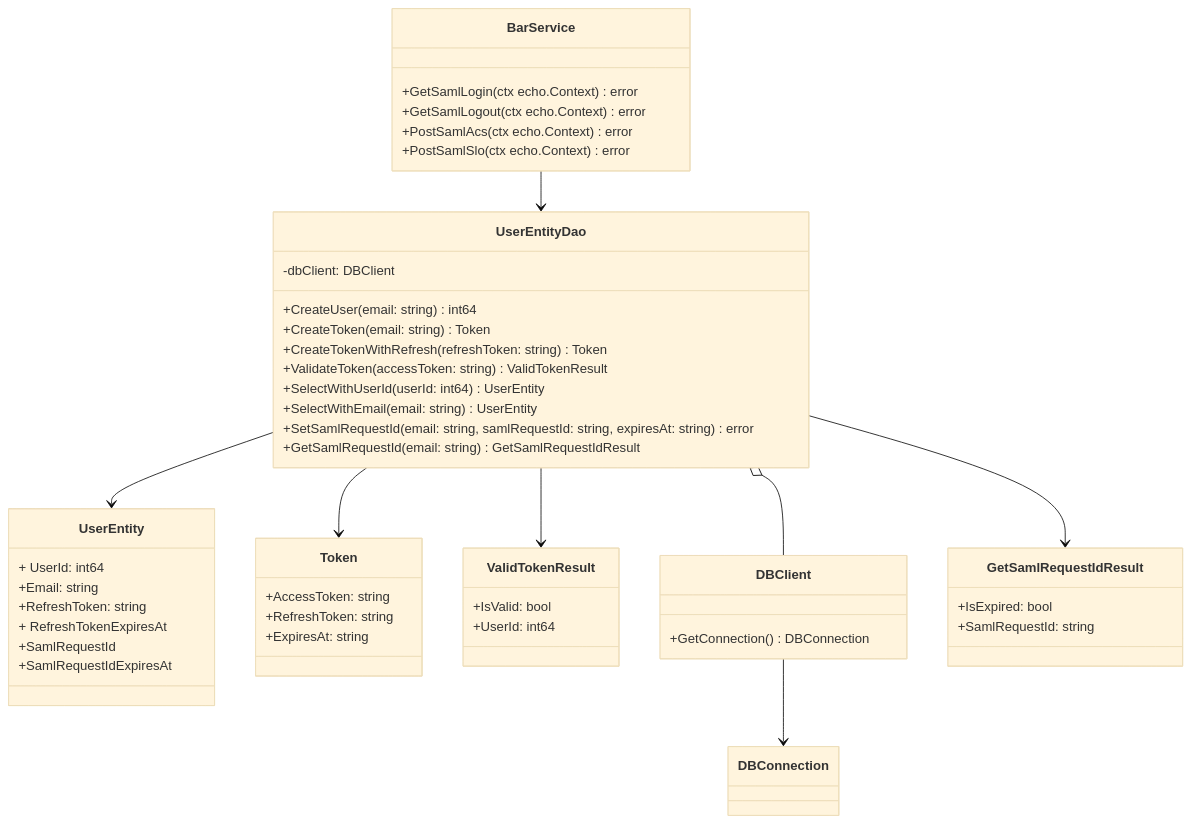
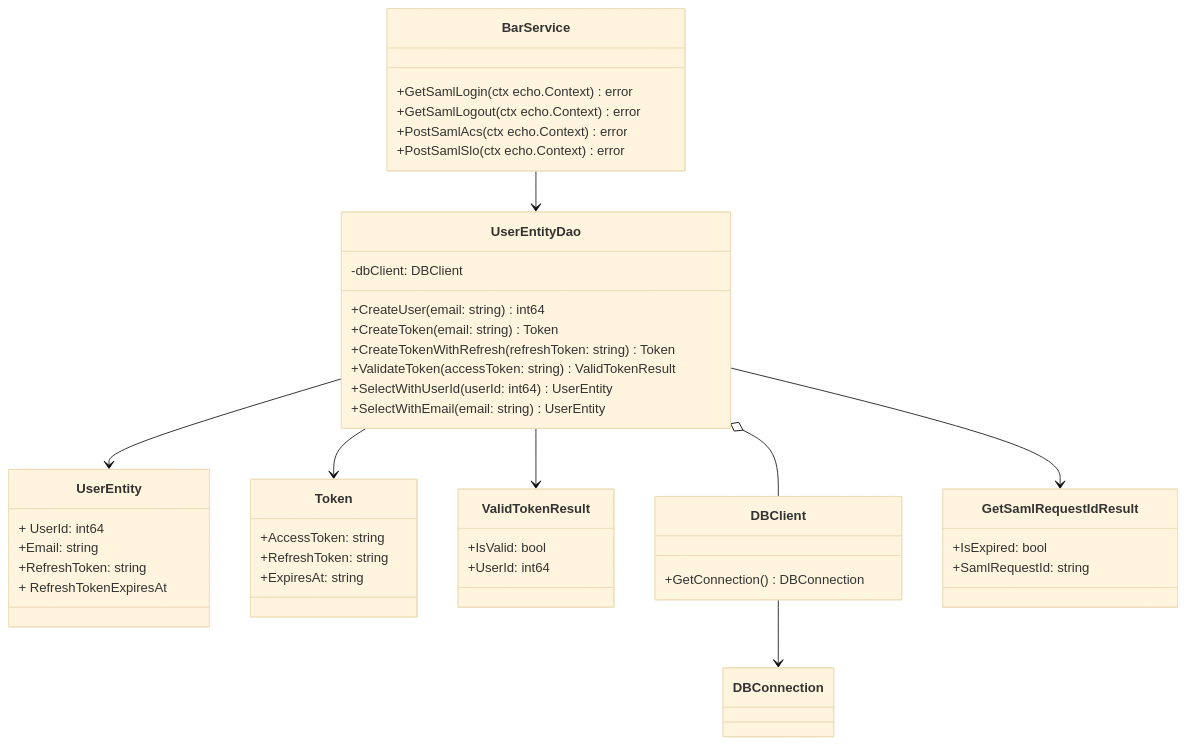
One commit to kzkapr1129/FXTester changed the diagram in FXTesterServer/doc/diagrams/classes.md. Above: the diagram before and after it, drawn with Mermaid (base theme). The commit also changed 53 other files, not shown here.

````diff
--- a/FXTesterServer/doc/diagrams/classes.md
+++ b/FXTesterServer/doc/diagrams/classes.md
@@ -1,54 +1,50 @@
 ```mermaid
 classDiagram
   direction TB
   class UserEntity {
     + UserId#58; int64
     +Email#58; string
     +RefreshToken#58; string
     +      RefreshTokenExpiresAt
-    +SamlRequestId
-    +SamlRequestIdExpiresAt
   }
   class UserEntityDao {
     -dbClient#58; DBClient
     +CreateUser(email#58; string) int64
     +CreateToken(email#58; string) Token
     +CreateTokenWithRefresh(refreshToken#58; string) Token
     +ValidateToken(accessToken#58; string) ValidTokenResult
     +SelectWithUserId(userId#58; int64) UserEntity
     +SelectWithEmail(email#58; string) UserEntity
-    +SetSamlRequestId(email#58; string, samlRequestId#58; string, expiresAt#58; string) error
-    +GetSamlRequestId(email#58; string) GetSamlRequestIdResult
   }
   class Token {
     +AccessToken#58; string
     +RefreshToken#58; string
     +ExpiresAt#58; string
   }
   class ValidTokenResult {
     +IsValid#58; bool
     +UserId#58; int64
   }
   class DBClient {
     +GetConnection() DBConnection
   }
   class DBConnection {
   }
   class BarService {
     +GetSamlLogin(ctx echo.Context) error
     +GetSamlLogout(ctx echo.Context) error
     +PostSamlAcs(ctx echo.Context) error
     +PostSamlSlo(ctx echo.Context) error
   }
   class GetSamlRequestIdResult {
     +IsExpired#58; bool
     +SamlRequestId#58; string
   }
   UserEntityDao --> UserEntity
   UserEntityDao --> Token
   UserEntityDao --> ValidTokenResult
   DBClient --> DBConnection
   UserEntityDao o-- DBClient
   BarService --> UserEntityDao
   UserEntityDao --> GetSamlRequestIdResult
 ```
````
